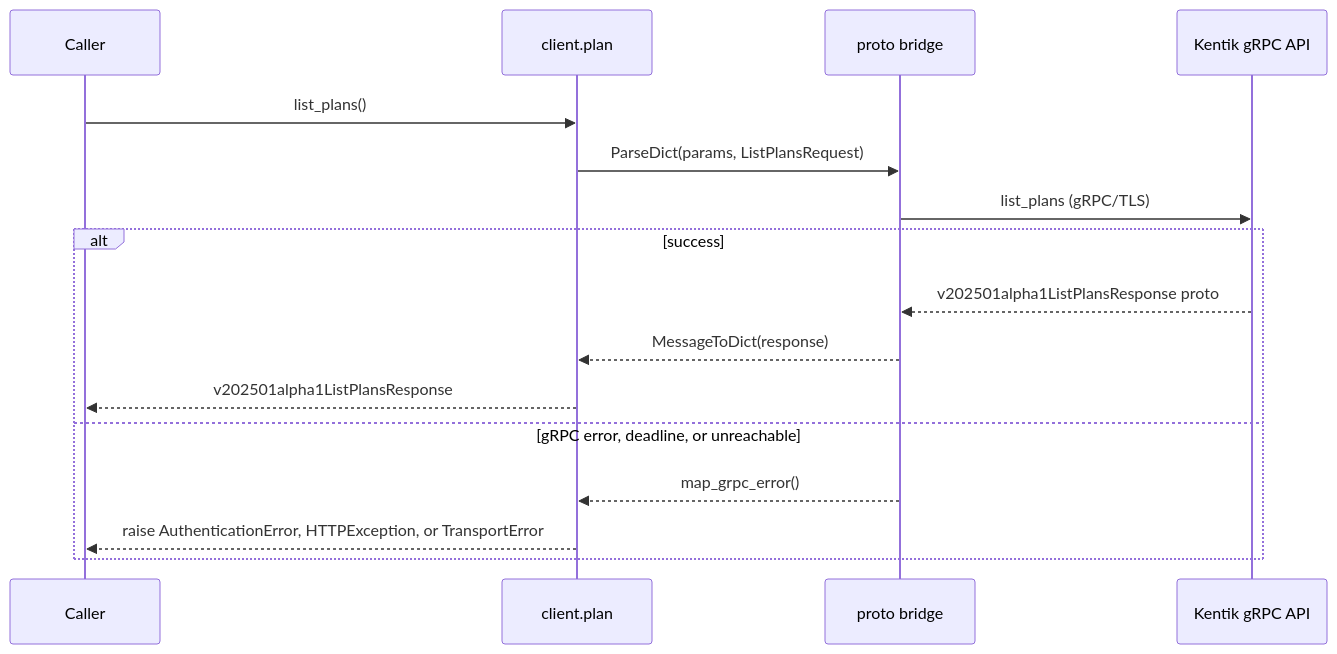
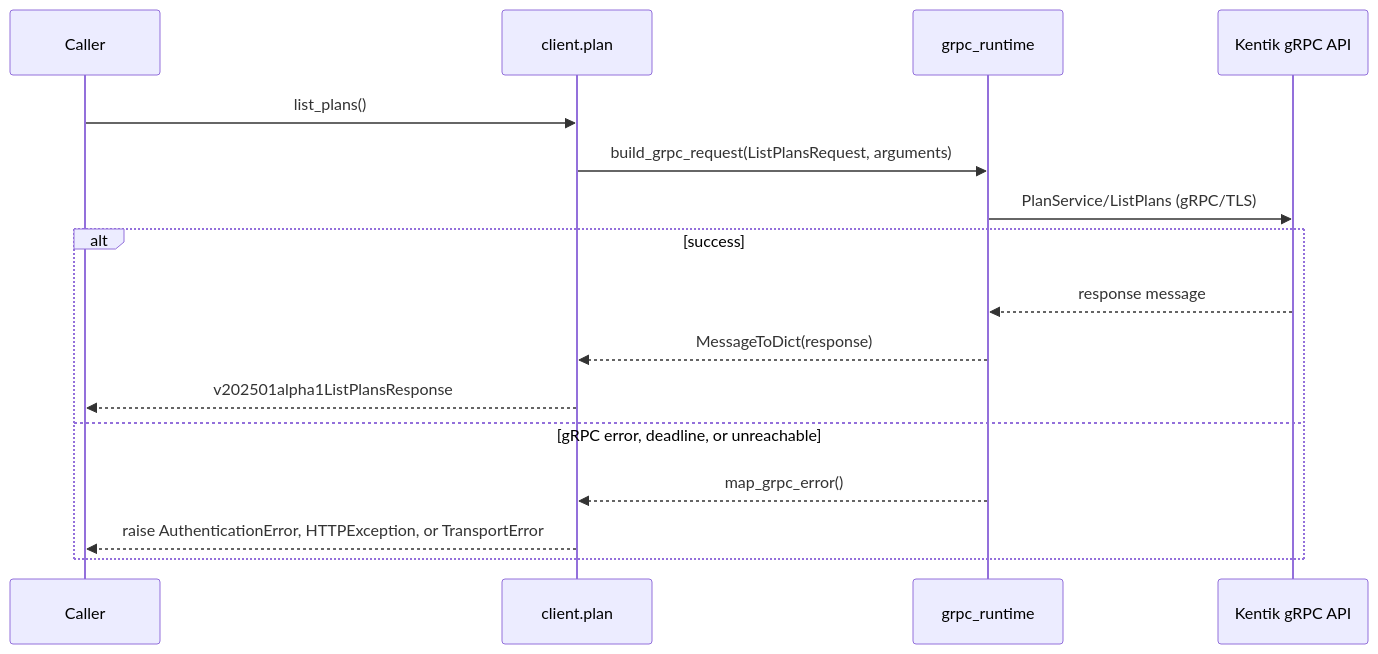
The third of 4 diagrams in docs/sphinx/services/plan.md (alexdearaujo/community_sdk_python), drawn with Mermaid before and after one commit. The commit also changed 37 other files, not shown here.

First line of the commit message:
docs: show the real RPC in each service page's gRPC diagram

````diff
--- a/docs/sphinx/services/plan.md
+++ b/docs/sphinx/services/plan.md
@@ -59,19 +59,19 @@
 ```mermaid
 sequenceDiagram
     participant C as Caller
     participant W as client.plan
-    participant B as proto bridge
+    participant R as grpc_runtime
     participant API as Kentik gRPC API
 
     C->>W: list_plans()
-    W->>B: ParseDict(params, ListPlansRequest)
-    B->>API: list_plans (gRPC/TLS)
+    W->>R: build_grpc_request(ListPlansRequest, arguments)
+    R->>API: PlanService/ListPlans (gRPC/TLS)
     alt success
-        API-->>B: v202501alpha1ListPlansResponse proto
-        B-->>W: MessageToDict(response)
+        API-->>R: response message
+        R-->>W: MessageToDict(response)
         W-->>C: v202501alpha1ListPlansResponse
     else gRPC error, deadline, or unreachable
-        B-->>W: map_grpc_error()
+        R-->>W: map_grpc_error()
         W-->>C: raise AuthenticationError, HTTPException, or TransportError
     end
 ```
````
